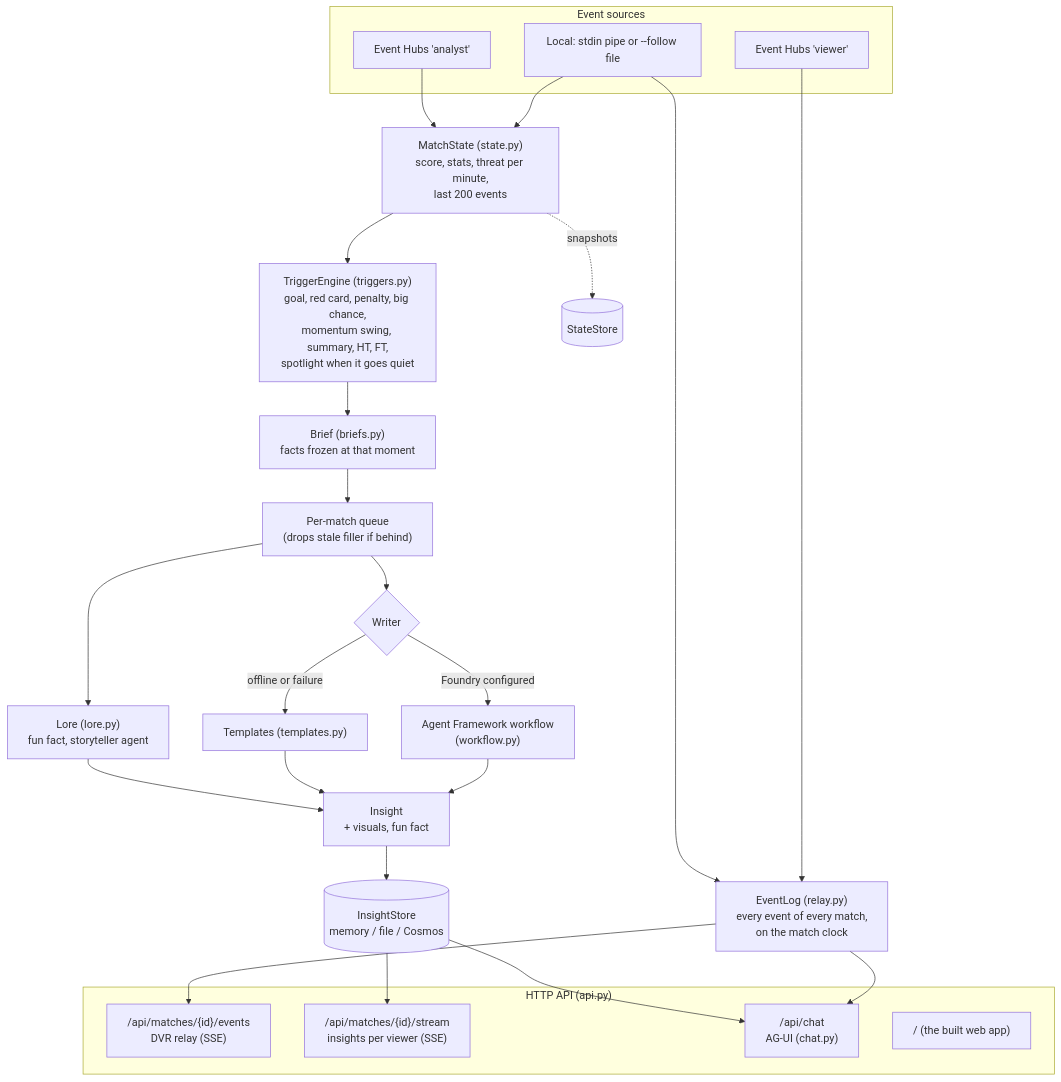
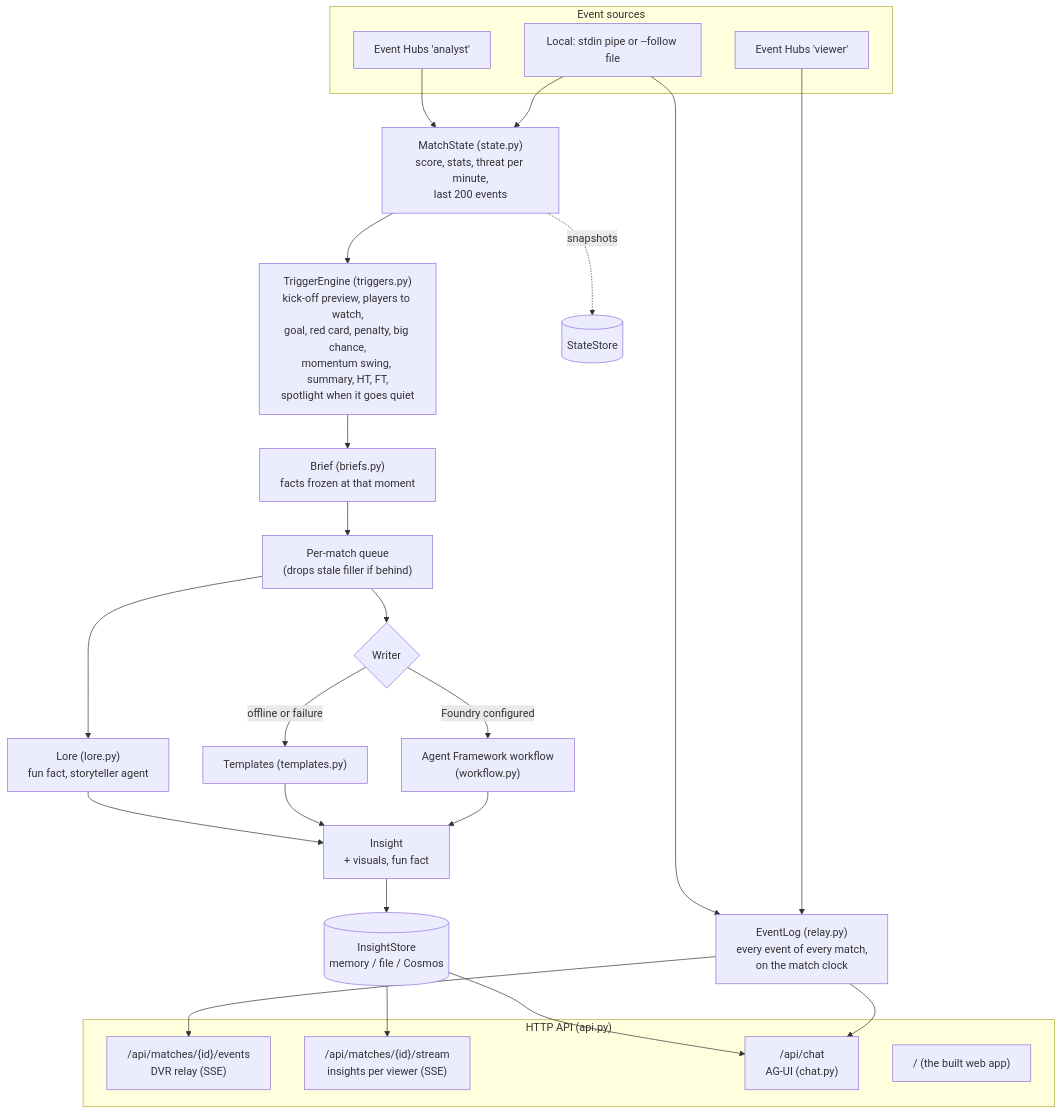
One commit to nesteagle/msft-insidethegame changed the second of 8 diagrams in DESIGN.md. Above: the diagram before and after it, drawn with Mermaid. The commit also changed 19 other files, not shown here.

````diff
--- a/DESIGN.md
+++ b/DESIGN.md
@@ -57,37 +57,37 @@
 ```mermaid
 flowchart TB
     subgraph sources["Event sources"]
         ehA["Event Hubs 'analyst'"]
         ehV["Event Hubs 'viewer'"]
         local["Local: stdin pipe or --follow file"]
     end
 
     ehV --> log["EventLog (relay.py)<br/>every event of every match,<br/>on the match clock"]
     local --> log
     local --> state
     ehA --> state["MatchState (state.py)<br/>score, stats, threat per minute,<br/>last 200 events"]
 
-    state --> trig["TriggerEngine (triggers.py)<br/>goal, red card, penalty, big chance,<br/>momentum swing, summary, HT, FT,<br/>spotlight when it goes quiet"]
+    state --> trig["TriggerEngine (triggers.py)<br/>kick-off preview, players to watch,<br/>goal, red card, penalty, big chance,<br/>momentum swing, summary, HT, FT,<br/>spotlight when it goes quiet"]
     trig --> brief["Brief (briefs.py)<br/>facts frozen at that moment"]
     brief --> q["Per-match queue<br/>(drops stale filler if behind)"]
     q --> writer{"Writer"}
     writer -->|"Foundry configured"| wf["Agent Framework workflow<br/>(workflow.py)"]
     writer -->|"offline or failure"| tpl["Templates (templates.py)"]
     wf --> ins["Insight<br/>+ visuals, fun fact"]
     tpl --> ins
     q --> lore["Lore (lore.py)<br/>fun fact, storyteller agent"]
     lore --> ins
     ins --> store[("InsightStore<br/>memory / file / Cosmos")]
     state -.->|"snapshots"| sstore[("StateStore")]
 
     subgraph api["HTTP API (api.py)"]
         e1["/api/matches/{id}/events<br/>DVR relay (SSE)"]
         e2["/api/matches/{id}/stream<br/>insights per viewer (SSE)"]
         e3["/api/chat<br/>AG-UI (chat.py)"]
         e4["/ (the built web app)"]
     end
     log --> e1
     store --> e2
     log --> e3
     store --> e3
 ```
````
